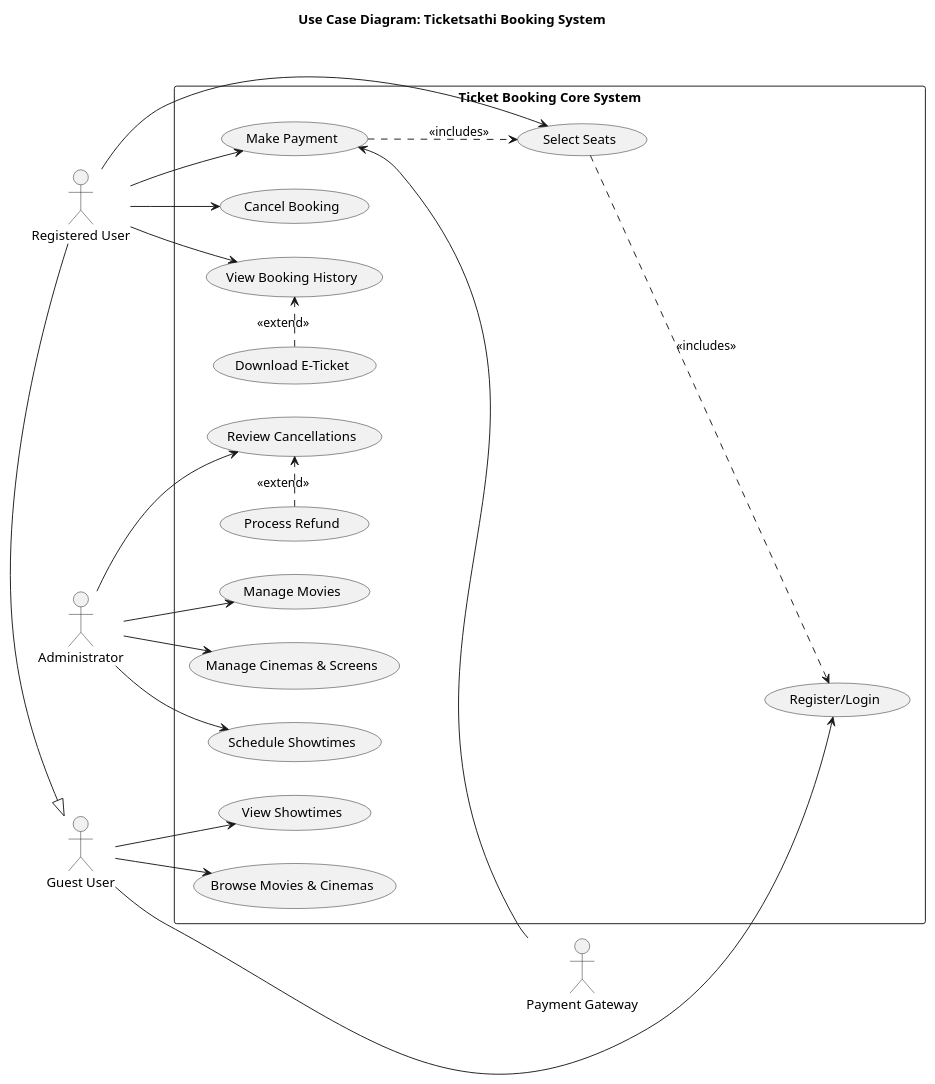
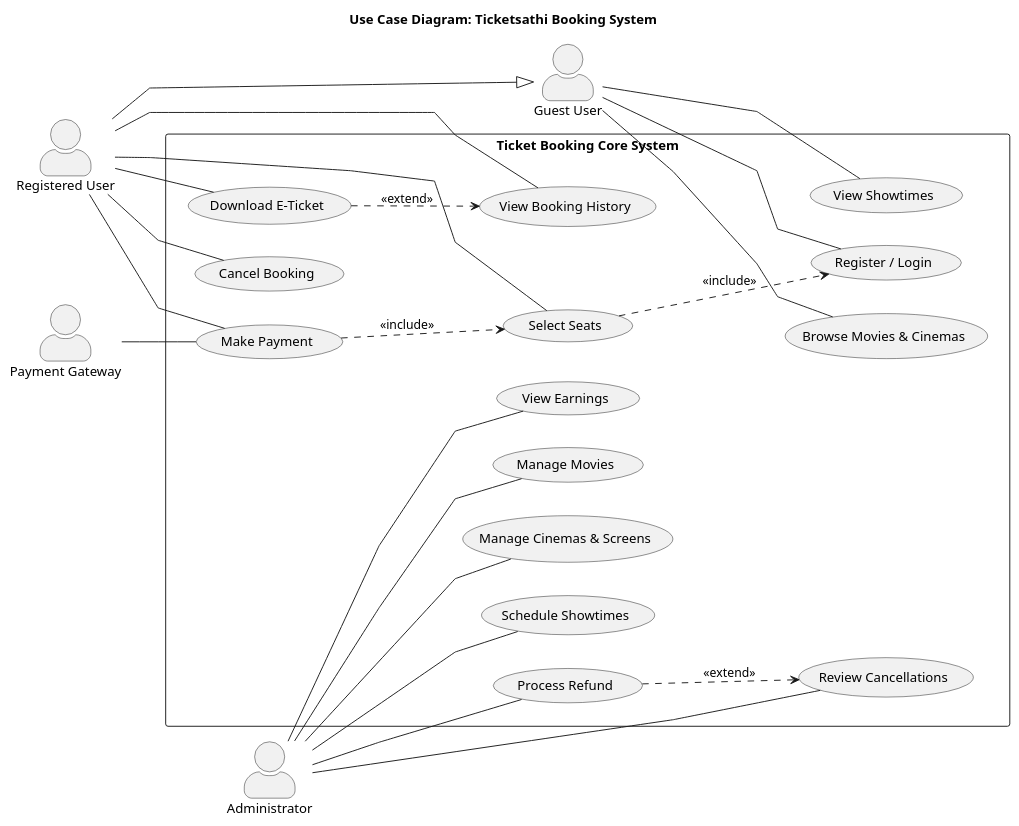
The diagram in project_diagrams_ooad/ticket_booking_usecase.puml (Infamouseater24/Ticketsathi), drawn with PlantUML before and after one commit. The commit also changed 6 other files, not shown here.

Commit message:
Added admin dashboard and UML improvements

```diff
--- a/project_diagrams_ooad/ticket_booking_usecase.puml
+++ b/project_diagrams_ooad/ticket_booking_usecase.puml
@@ -1,59 +1,74 @@
 @startuml ticket_booking_usecase
 title Use Case Diagram: Ticketsathi Booking System
 
 left to right direction
 skinparam packageStyle rectangle
+skinparam actorStyle awesome
+skinparam linetype polyline
 
-actor "Guest User" as guest
-actor "Registered User" as user
-actor "Administrator" as admin
+actor "Guest User" as Guest
+actor "Registered User" as User
+actor "Administrator" as Admin
+actor "Payment Gateway" as Payment
 
-user -|> guest
+User --|> Guest
 
 rectangle "Ticket Booking Core System" {
-  usecase "Browse Movies & Cinemas" as UC_Browse
-  usecase "View Showtimes" as UC_Showtimes
-  usecase "Register/Login" as UC_Login
-  
-  usecase "Select Seats" as UC_Seats
-  usecase "Make Payment" as UC_Pay
-  usecase "Cancel Booking" as UC_Cancel
-  usecase "View Booking History" as UC_History
-  
-  usecase "Manage Movies" as UC_ManageMovies
-  usecase "Manage Cinemas & Screens" as UC_ManageCinemas
-  usecase "Schedule Showtimes" as UC_Schedule
-  usecase "Review Cancellations" as UC_ReviewCancel
-  
-  usecase "Download E-Ticket" as UC_Download
-  usecase "Process Refund" as UC_Refund
+
+  together {
+    (Browse Movies & Cinemas) as UC_Browse
+    (View Showtimes) as UC_Showtimes
+    (Register / Login) as UC_Login
+  }
+
+  together {
+    (Select Seats) as UC_Seats
+    (Make Payment) as UC_Payment
+    (Cancel Booking) as UC_Cancel
+    (View Booking History) as UC_History
+    (Download E-Ticket) as UC_Ticket
+  }
+
+  together {
+    (Manage Movies) as UC_Movies
+    (Manage Cinemas & Screens) as UC_Cinemas
+    (Schedule Showtimes) as UC_Schedule
+    (Review Cancellations) as UC_Review
+    (Process Refund) as UC_Refund
+    (View Earnings) as UC_Earnings
+  }
+
+  UC_Browse -[hidden]right- UC_Seats
+  UC_Seats  -[hidden]right- UC_Movies
 }
 
-' Guest actions
-guest --> UC_Browse
-guest --> UC_Showtimes
-guest --> UC_Login
+' Guest (left)
+Guest -- UC_Browse
+Guest -- UC_Showtimes
+Guest -- UC_Login
 
-' Registered User actions (inherits Guest actions)
-user --> UC_Seats
-user --> UC_Pay
-user --> UC_Cancel
-user --> UC_History
+' Registered User (left)
+User -- UC_Seats
+User -- UC_Payment
+User -- UC_Cancel
+User -- UC_History
+User -- UC_Ticket
 
-' Includes/Extends relationships
-UC_Seats ..> UC_Login : <<includes>>
-UC_Pay ..> UC_Seats : <<includes>>
-UC_Download .right.> UC_History : <<extend>>
-UC_Refund .right.> UC_ReviewCancel : <<extend>>
+' Payment Gateway (middle-bottom)
+Payment -- UC_Payment
 
-' Payment API actions
-actor "Payment Gateway" as pg
-UC_Pay <-- pg
+' Administrator (right)
+Admin -- UC_Movies
+Admin -- UC_Cinemas
+Admin -- UC_Schedule
+Admin -- UC_Review
+Admin -- UC_Refund
+Admin -- UC_Earnings
 
-' Admin actions
-admin --> UC_ManageMovies
-admin --> UC_ManageCinemas
-admin --> UC_Schedule
-admin --> UC_ReviewCancel
+' Relationships
+UC_Payment ..> UC_Seats   : <<include>>
+UC_Seats   ..> UC_Login   : <<include>>
+UC_Ticket  ..> UC_History : <<extend>>
+UC_Refund  ..> UC_Review  : <<extend>>
 
 @enduml
```
